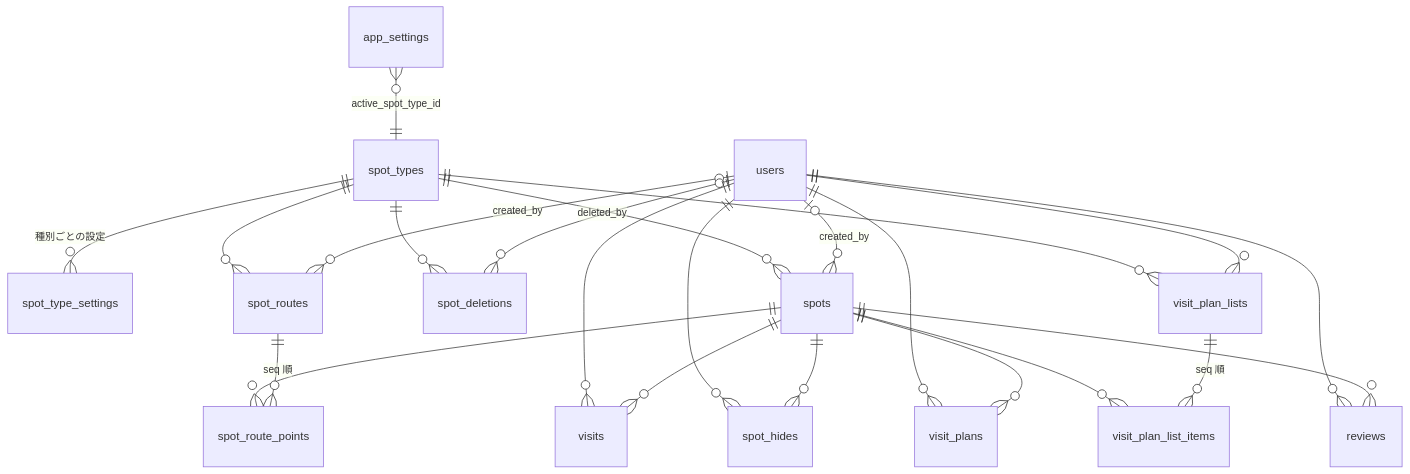
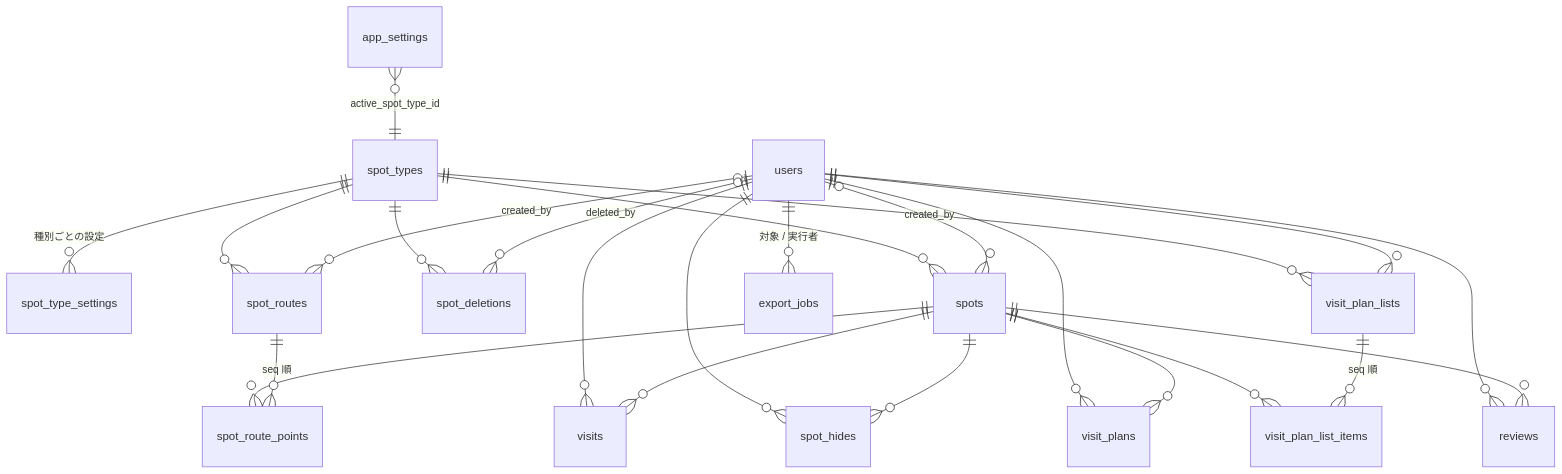
One commit to rtcode337/travel-log changed the first of 5 diagrams in docs/database.md. Above: the diagram before and after it, drawn with Mermaid. The commit also changed other lines of this file and 23 other files, not shown here.

````diff
--- a/docs/database.md
+++ b/docs/database.md
@@ -19,28 +19,29 @@
 ```mermaid
 erDiagram
     spot_types ||--o{ spot_type_settings : "種別ごとの設定"
     spot_types ||--o{ spots : ""
     spot_types ||--o{ spot_deletions : ""
     spot_types ||--o{ spot_routes : ""
     spot_types ||--o{ visit_plan_lists : ""
     app_settings }o--|| spot_types : "active_spot_type_id"
 
     users |o--o{ spots : "created_by"
     users |o--o{ spot_routes : "created_by"
     users |o--o{ spot_deletions : "deleted_by"
     users ||--o{ visits : ""
     users ||--o{ spot_hides : ""
     users ||--o{ visit_plans : ""
     users ||--o{ visit_plan_lists : ""
+    users ||--o{ export_jobs : "対象 / 実行者"
     users ||--o{ reviews : ""
 
     spots ||--o{ spot_route_points : ""
     spots ||--o{ visits : ""
     spots ||--o{ spot_hides : ""
     spots ||--o{ visit_plans : ""
     spots ||--o{ visit_plan_list_items : ""
     spots ||--o{ reviews : ""
 
     spot_routes ||--o{ spot_route_points : "seq 順"
     visit_plan_lists ||--o{ visit_plan_list_items : "seq 順"
 ```
````
